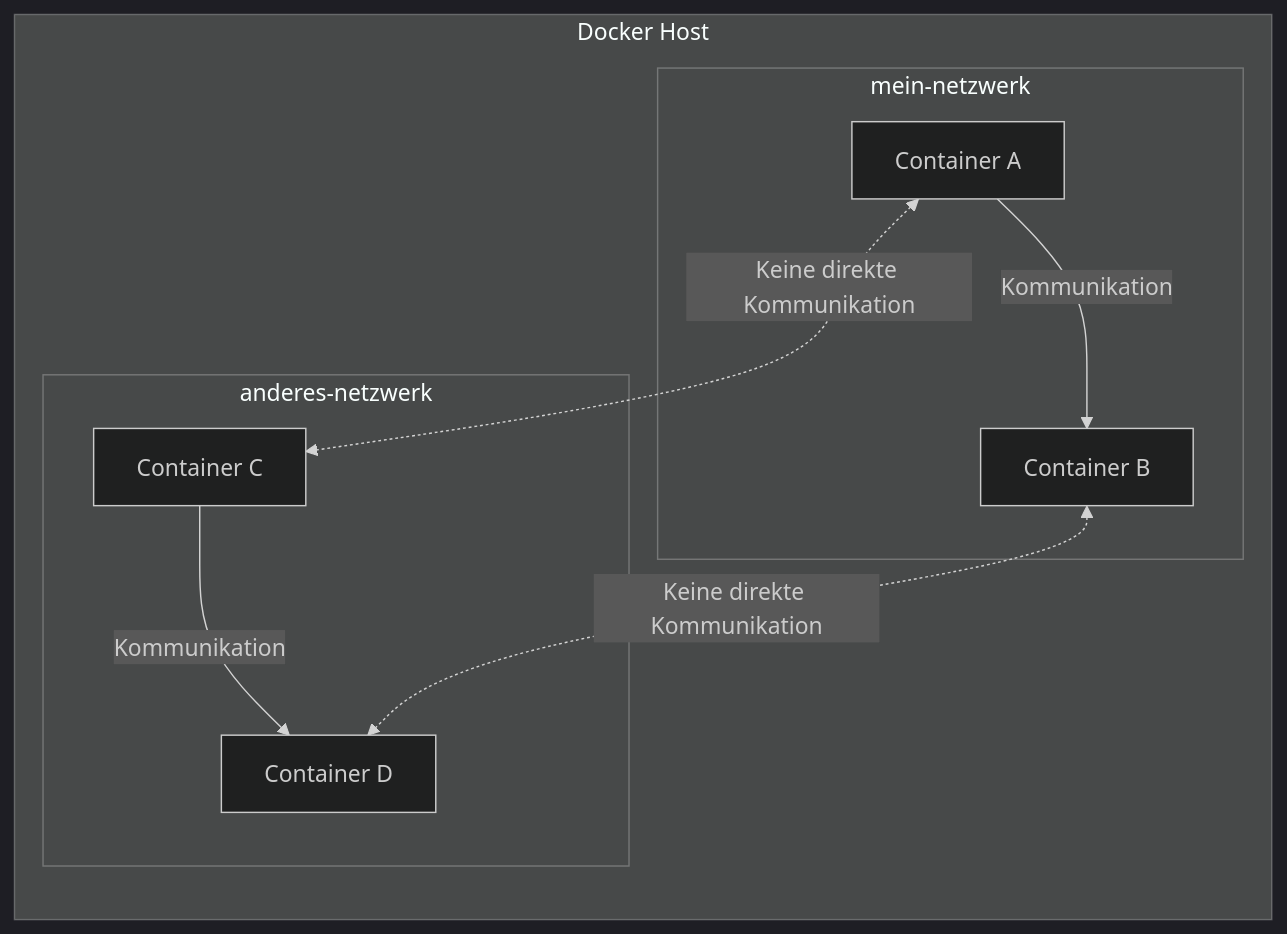
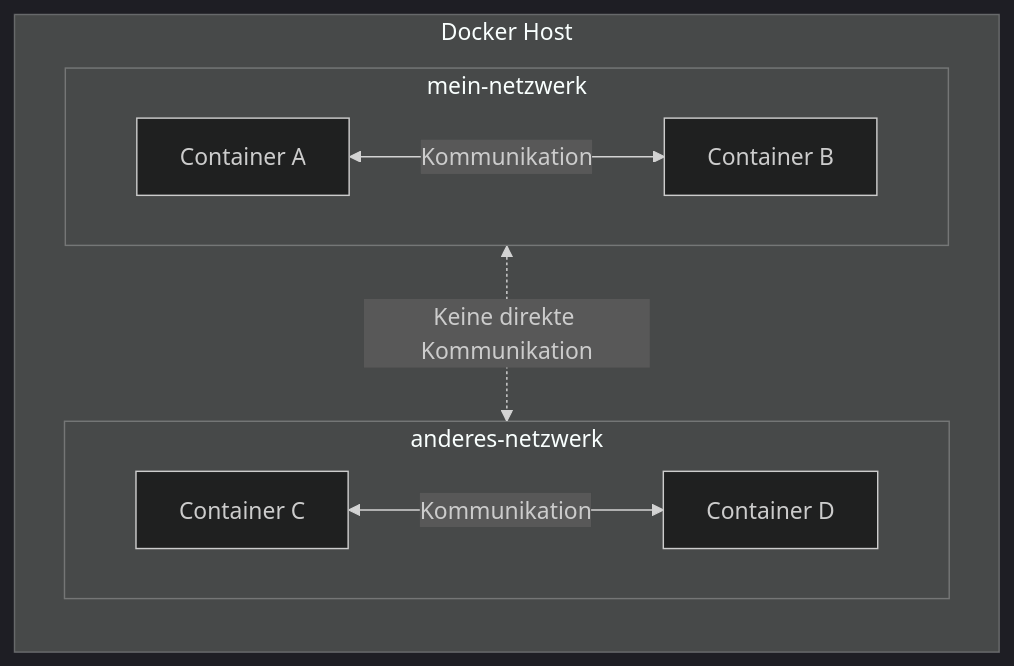
Before and after one commit to kevinsuelzle/Python_Wiki: the third of 3 diagrams in docs/lehrplan/docker/kommunikation_zwischen_und_mit_docker_containern.md, drawn with Mermaid (dark theme). The commit also changed other lines of this file and 4 other files, not shown here.

````diff
--- a/docs/lehrplan/docker/kommunikation_zwischen_und_mit_docker_containern.md
+++ b/docs/lehrplan/docker/kommunikation_zwischen_und_mit_docker_containern.md
@@ -209,18 +220,18 @@
 ```mermaid
 graph LR
     subgraph Docker Host
-        subgraph Netzwerk A [mein-netzwerk]
+        subgraph Netzwerk_A [mein-netzwerk]
             A[Container A]
             B[Container B]
         end
-        subgraph Netzwerk B [anderes-netzwerk]
+        subgraph Netzwerk_B [anderes-netzwerk]
             C[Container C]
             D[Container D]
         end
     end
 
-    A -- Kommunikation --> B
-    C -- Kommunikation --> D
-    A <-. Keine direkte Kommunikation .-> C
-    B <-. Keine direkte Kommunikation .-> D
+    A <-- Kommunikation --> B
+    C <-- Kommunikation --> D
+    Netzwerk_A <-. Keine direkte Kommunikation .-> Netzwerk_B
+
 ```
````
